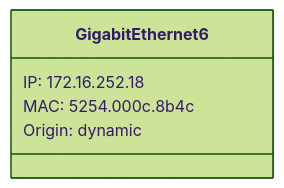
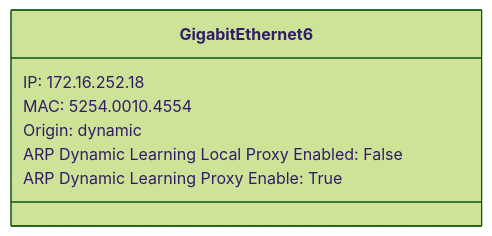
One commit to automateyournetwork/pyYAHTS changed the tenth of 11 diagrams in Examples/IOS-XE/dist-rtr01 arp class.md. Above: the diagram before and after it, drawn with Mermaid (forest theme). The commit also changed other lines of this file and 34 other files, not shown here.

Commit message:
ios-xe class diagrams

````diff
--- a/Examples/IOS-XE/dist-rtr01 arp class.md
+++ b/Examples/IOS-XE/dist-rtr01 arp class.md
@@ -74,8 +92,10 @@
 ```mermaid
 classDiagram
 class GigabitEthernet6{
 IP: 172.16.252.18
-MAC: 5254.000c.8b4c
+MAC: 5254.0010.4554
 Origin: dynamic
+ARP Dynamic Learning Local Proxy Enabled: False
+ARP Dynamic Learning Proxy Enable: True
 }
 ```
````
